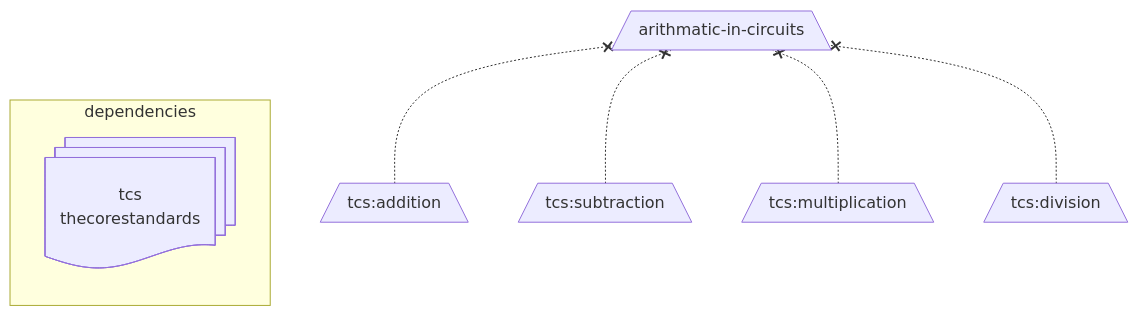
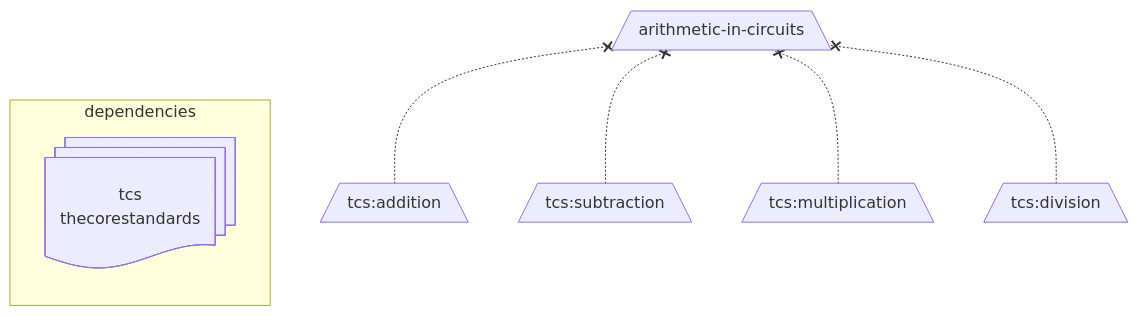
The diagram in specs/topic-list.md (openproficiency/model), drawn with Mermaid before and after one commit. The commit also changed other lines of this file and 4 other files, not shown here.

````diff
--- a/specs/topic-list.md
+++ b/specs/topic-list.md
@@ -46,15 +46,15 @@
 ```mermaid
 flowchart BT
 
-  arithmatic-in-circuits[/"arithmatic-in-circuits"\]
+  arithmetic-in-circuits[/"arithmetic-in-circuits"\]
 
-    addition[/"tcs:addition"\] -.-x arithmatic-in-circuits
-    subtraction[/"tcs:subtraction"\] -.-x arithmatic-in-circuits
-    multiplication[/"tcs:multiplication"\] -.-x arithmatic-in-circuits
-    division[/"tcs:division"\] -.-x arithmatic-in-circuits
+    addition[/"tcs:addition"\] -.-x arithmetic-in-circuits
+    subtraction[/"tcs:subtraction"\] -.-x arithmetic-in-circuits
+    multiplication[/"tcs:multiplication"\] -.-x arithmetic-in-circuits
+    division[/"tcs:division"\] -.-x arithmetic-in-circuits
 
   %% Dependencies
   subgraph dependencies
     thecorestandards@{ shape: docs, label: "tcs<br/>thecorestandards" }
   end
 ```
````
